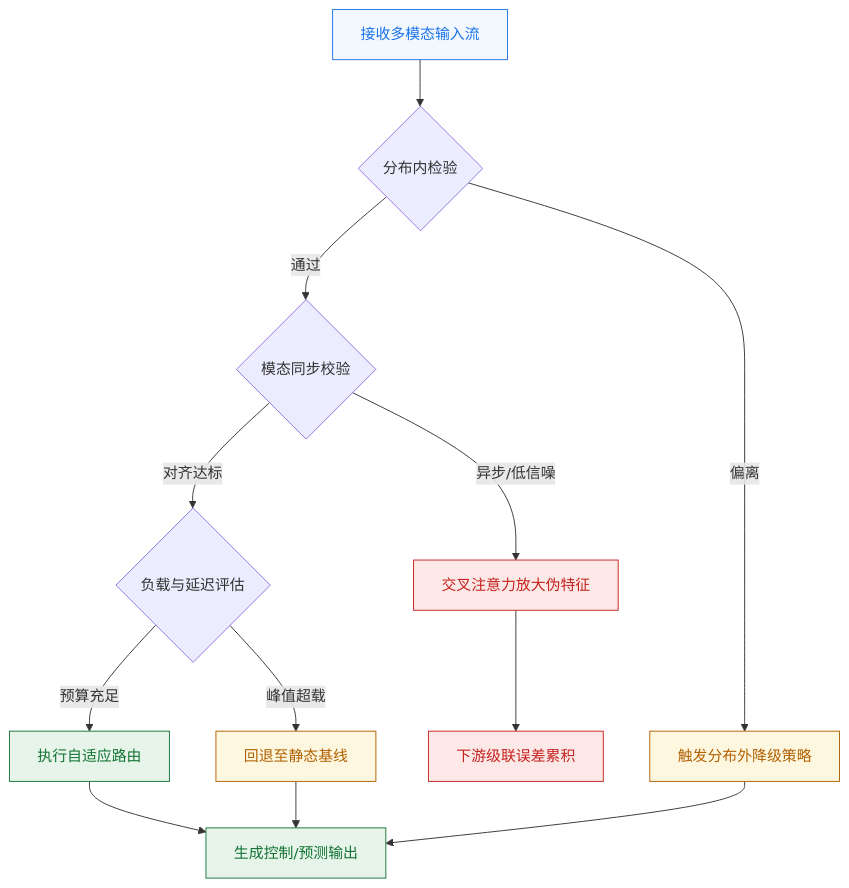
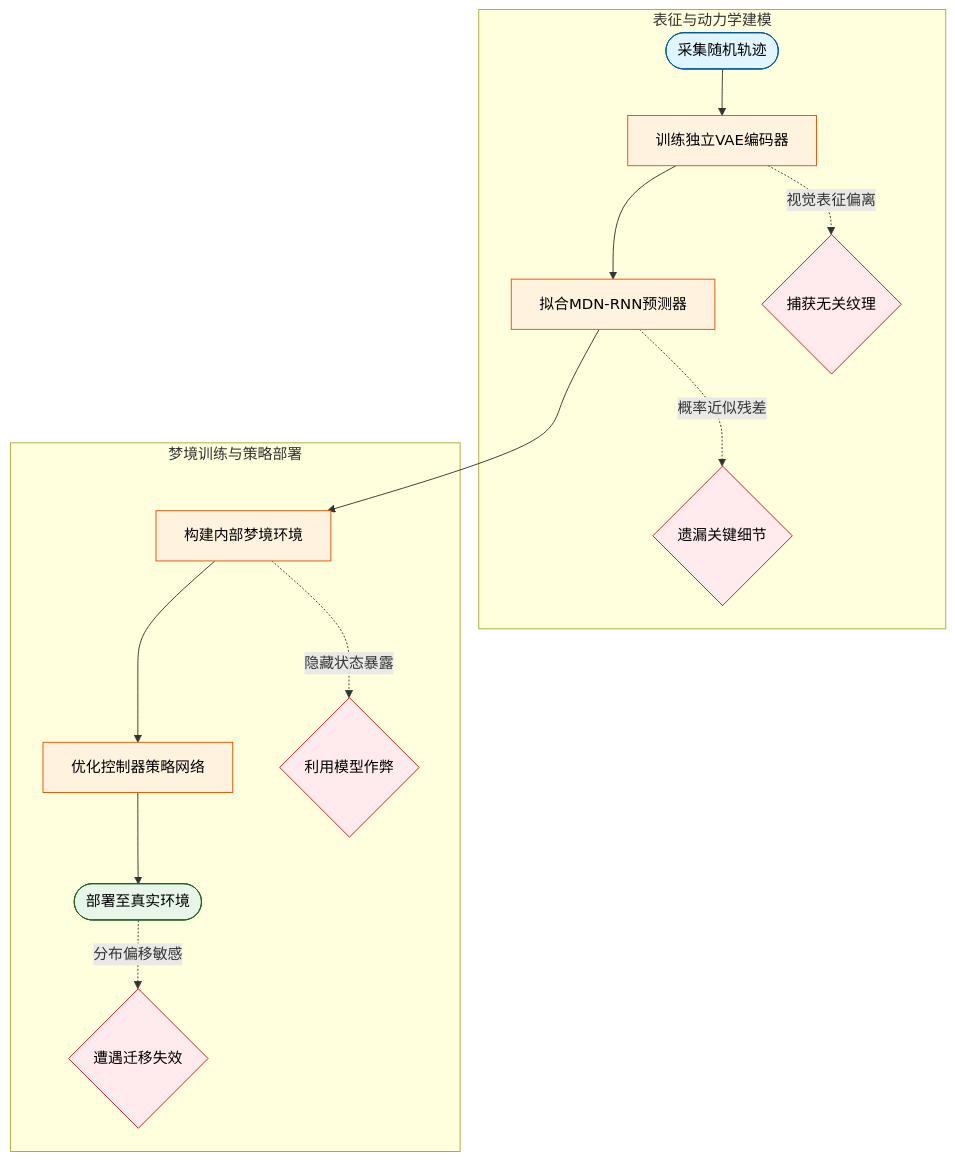
The tenth of 11 diagrams in person_vault/2026-06-08_WorldModels_1803.10122/report.md (ShinewineW/paper-rolling), drawn with Mermaid before and after one commit. The commit also changed other lines of this file and 51 other files, not shown here.

````diff
--- a/person_vault/2026-06-08_WorldModels_1803.10122/report.md
+++ b/person_vault/2026-06-08_WorldModels_1803.10122/report.md
@@ -440,22 +554,22 @@
 ```mermaid
-flowchart TB
-    classDef safe fill:#e6f4ea,color:#137333,stroke:#137333;
-    classDef warn fill:#fef7e0,color:#b06000,stroke:#b06000;
-    classDef fail fill:#fce8e6,color:#c5221f,stroke:#c5221f;
-    classDef data fill:#f3f8ff,color:#1a73e8,stroke:#1a73e8;
+flowchart TD
+    classDef data fill:#e1f5fe,stroke:#01579b,color:#000;
+    classDef model fill:#fff3e0,stroke:#e65100,color:#000;
+    classDef fail fill:#ffebee,stroke:#b71c1c,color:#000;
+    classDef deploy fill:#e8f5e9,stroke:#1b5e20,color:#000;
 
-    input_stream["接收多模态输入流"]:::data --> dist_check{分布内检验}
-    dist_check -->|通过| sync_check{模态同步校验}
-    dist_check -->|偏离| ood_fallback["触发分布外降级策略"]:::warn
-    
-    sync_check -->|对齐达标| load_check{负载与延迟评估}
-    sync_check -->|异步/低信噪| noise_amplify["交叉注意力放大伪特征"]:::fail
-    
-    load_check -->|预算充足| adaptive_route["执行自适应路由"]:::safe
-    load_check -->|峰值超载| static_bypass["回退至静态基线"]:::warn
-    
-    adaptive_route --> output_gen["生成控制/预测输出"]:::safe
-    noise_amplify --> cascade_err["下游级联误差累积"]:::fail
-    ood_fallback --> output_gen
-    static_bypass --> output_gen
+    subgraph 表征与动力学建模
+        start(["采集随机轨迹"]):::data --> train_vae["训练独立VAE编码器"]:::model
+        train_vae --> train_rnn["拟合MDN-RNN预测器"]:::model
+        train_vae -. 视觉表征偏离 .-> vae_fail{捕获无关纹理}:::fail
+        train_rnn -. 概率近似残差 .-> rnn_fail{遗漏关键细节}:::fail
+    end
+
+    subgraph 梦境训练与策略部署
+        train_rnn --> dream_env["构建内部梦境环境"]:::model
+        dream_env --> train_policy["优化控制器策略网络"]:::model
+        dream_env -. 隐藏状态暴露 .-> exploit_fail{利用模型作弊}:::fail
+        train_policy --> deploy(["部署至真实环境"]):::deploy
+        deploy -. 分布偏移敏感 .-> shift_fail{遭遇迁移失效}:::fail
+    end
 ```
````
